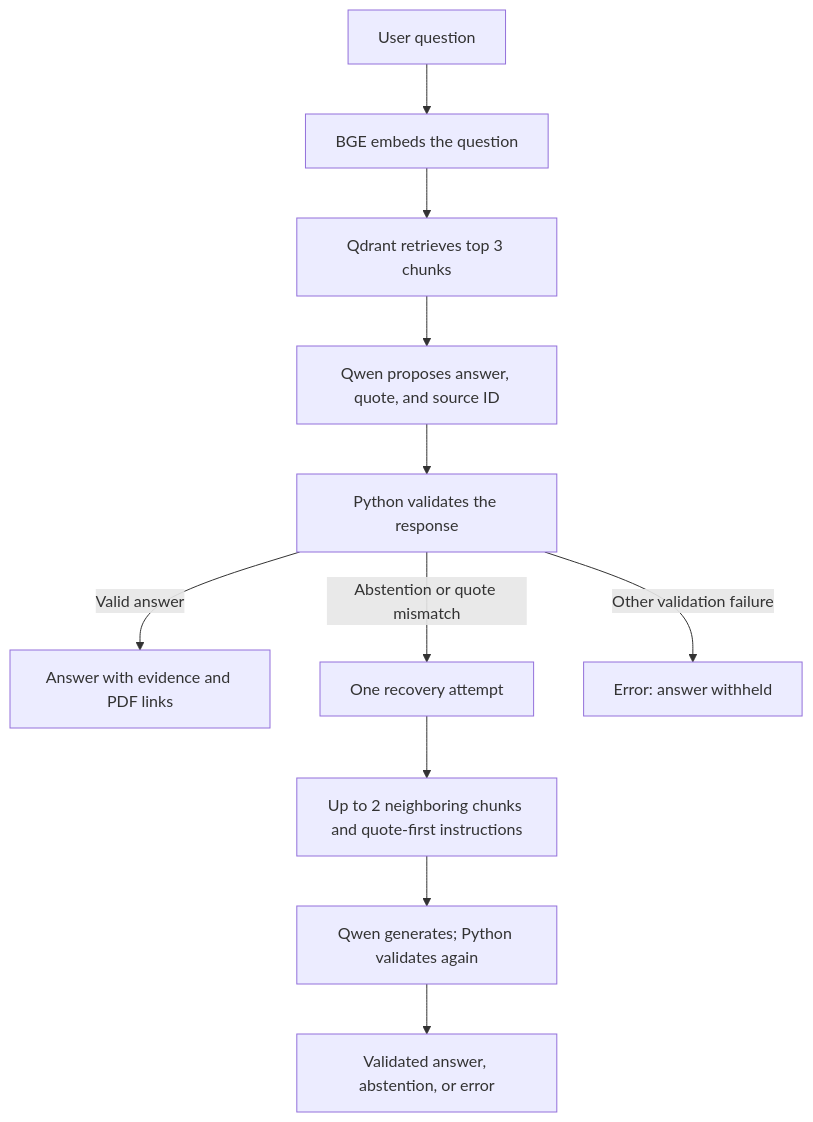
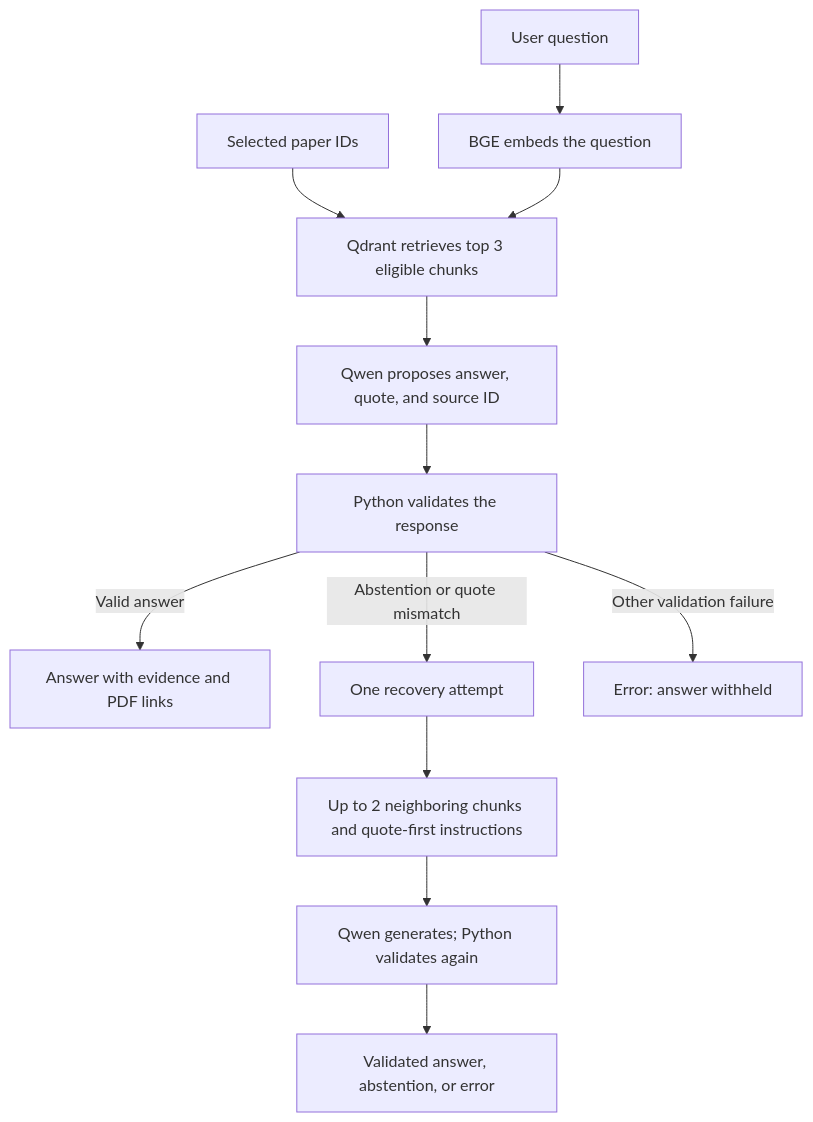
Before and after one commit to karanarunachalam-dev/PaperLens: the second of 2 diagrams in README.md, drawn with Mermaid. The commit also changed other lines of this file, not shown here.

````diff
--- a/README.md
+++ b/README.md
@@ -45,13 +63,14 @@
 ```mermaid
 flowchart TD
     Q[User question] --> B[BGE embeds the question]
-    B --> R[Qdrant retrieves top 3 chunks]
+    S[Selected paper IDs] --> R[Qdrant retrieves top 3 eligible chunks]
+    B --> R
     R --> G[Qwen proposes answer, quote, and source ID]
     G --> V[Python validates the response]
     V -->|Valid answer| A[Answer with evidence and PDF links]
     V -->|Abstention or quote mismatch| N[One recovery attempt]
     V -->|Other validation failure| E[Error: answer withheld]
     N --> C[Up to 2 neighboring chunks and quote-first instructions]
     C --> W[Qwen generates; Python validates again]
     W --> O[Validated answer, abstention, or error]
 ```
````
